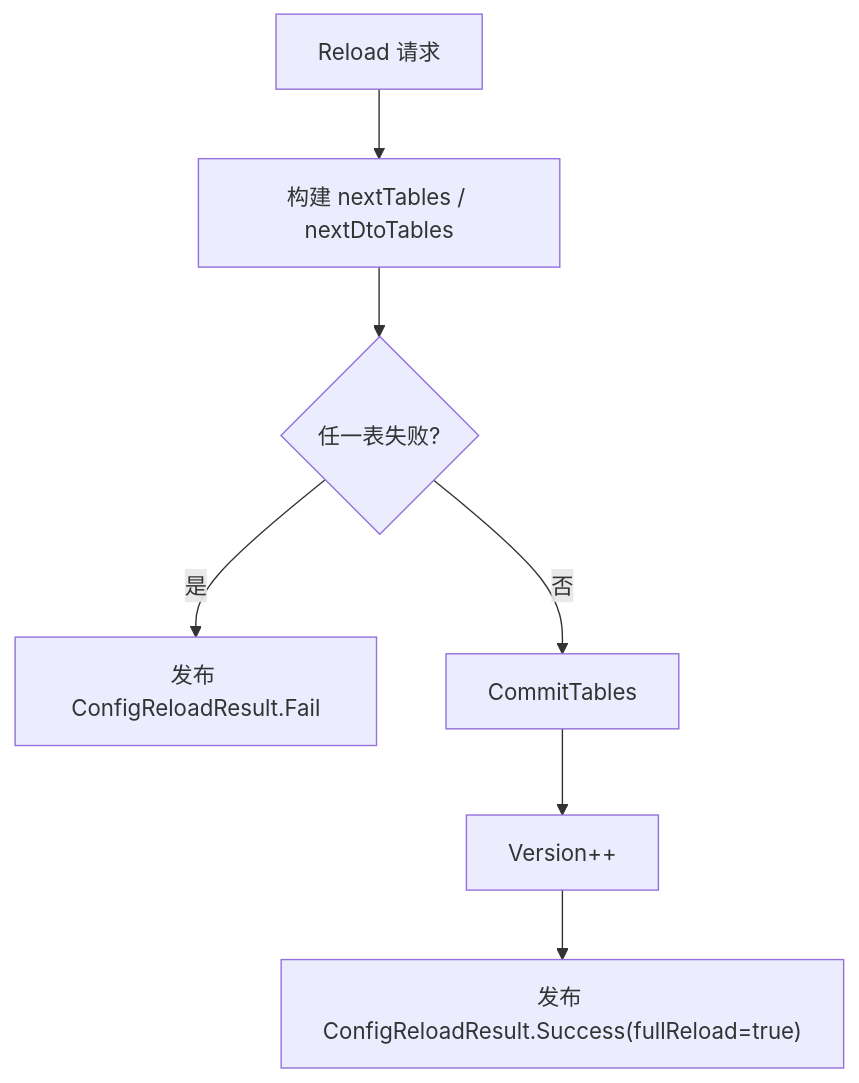
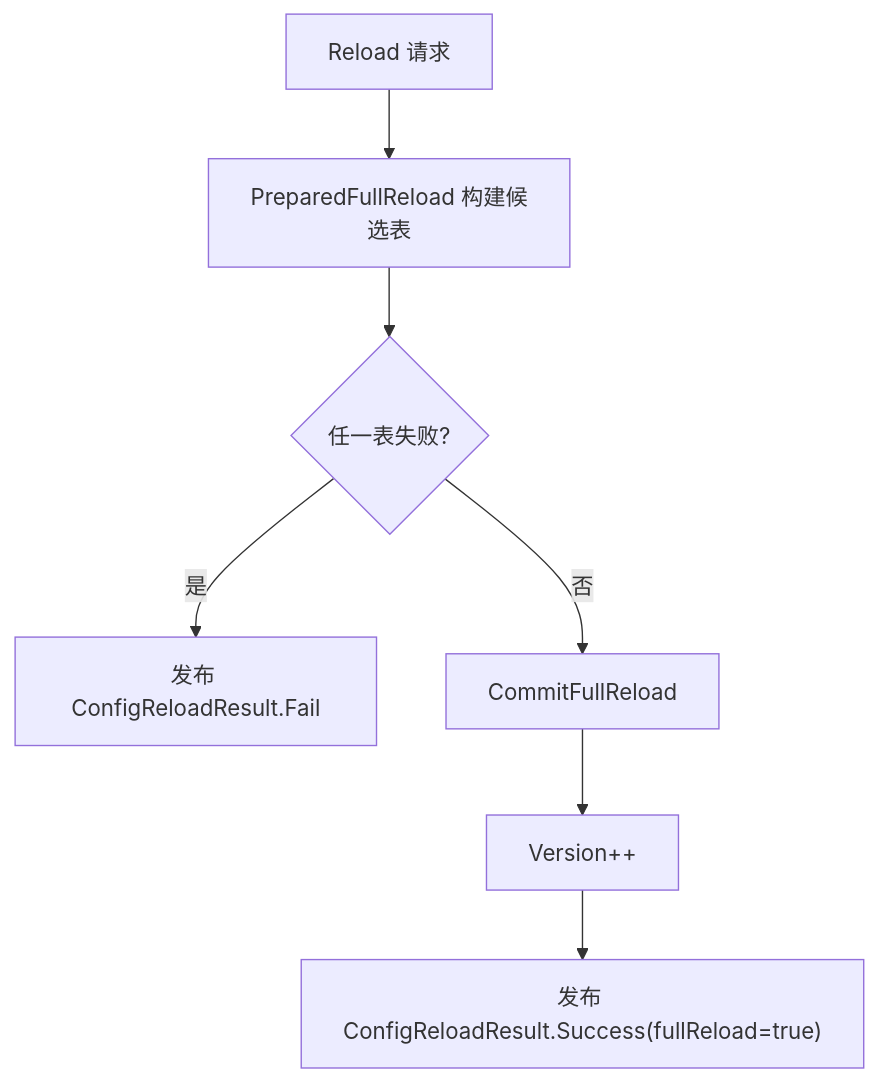
Diagram 12 of 12 in Docs/design/05-CommonModules/04-ConfigurationSystem.md (HOBOBO/AbilityKit), drawn with Mermaid before and after one commit. The commit also changed other lines of this file and 1327 other files, not shown here.

````diff
--- a/Docs/design/05-CommonModules/04-ConfigurationSystem.md
+++ b/Docs/design/05-CommonModules/04-ConfigurationSystem.md
@@ -589,9 +601,9 @@
 ```mermaid
 flowchart TB
-    A["Reload 请求"] --> B["构建 nextTables / nextDtoTables"]
+    A["Reload 请求"] --> B["PreparedFullReload 构建候选表"]
     B --> C{"任一表失败?"}
     C -->|是| D["发布 ConfigReloadResult.Fail"]
-    C -->|否| E["CommitTables"]
+    C -->|否| E["CommitFullReload"]
     E --> F["Version++"]
     F --> G["发布 ConfigReloadResult.Success(fullReload=true)"]
 ```
````
